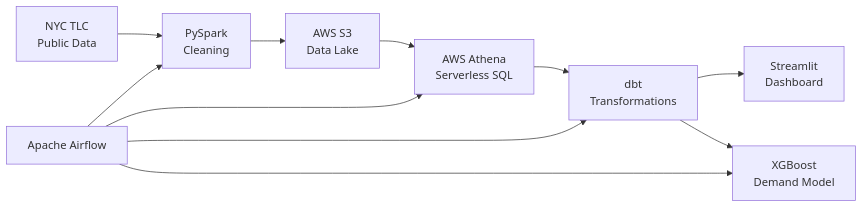
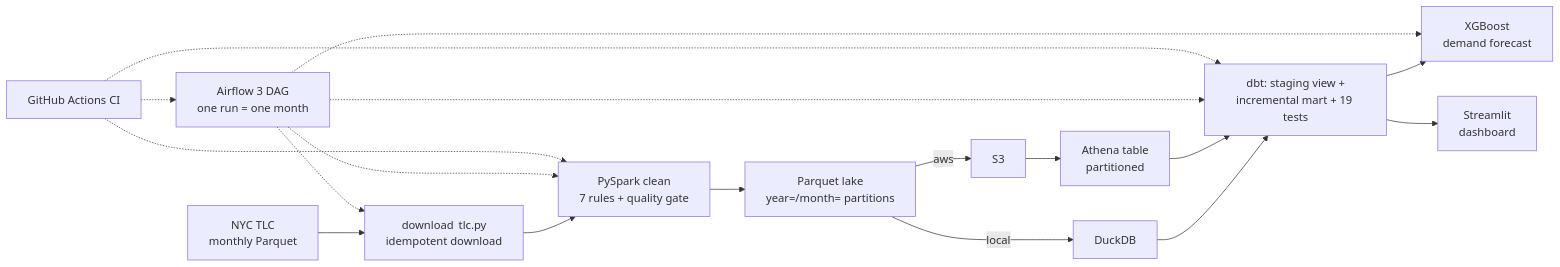
The diagram in README.md (notparthh0/nyc-taxi-elt-pipeline), drawn with Mermaid before and after one commit. The commit also changed other lines of this file and 15 other files, not shown here.

First line of the commit message:
test, ci, docs: pytest suite, GitHub Actions, Makefile, README rewrite

````diff
--- a/README.md
+++ b/README.md
@@ -11,13 +18,14 @@
 ```mermaid
 flowchart LR
-    A["NYC TLC\nPublic Data"] --> B["PySpark\nCleaning"]
-    B --> C["AWS S3\nData Lake"]
-    C --> D["AWS Athena\nServerless SQL"]
-    D --> E["dbt\nTransformations"]
-    E --> F["Streamlit\nDashboard"]
-    E --> G["XGBoost\nDemand Model"]
-    H["Apache Airflow"] --> B
-    H --> D
-    H --> E
-    H --> G
+    TLC["NYC TLC<br/>monthly Parquet"] --> DL["download_tlc.py<br/>idempotent download"]
+    DL --> SP["PySpark clean<br/>7 rules + quality gate"]
+    SP --> LAKE["Parquet lake<br/>year=/month= partitions"]
+    LAKE -->|local| DUCK["DuckDB"]
+    LAKE -->|aws| S3["S3"] --> ATH["Athena table<br/>partitioned"]
+    DUCK --> DBT["dbt: staging view +<br/>incremental mart + 19 tests"]
+    ATH --> DBT
+    DBT --> ML["XGBoost<br/>demand forecast"]
+    DBT --> APP["Streamlit<br/>dashboard"]
+    AF["Airflow 3 DAG<br/>one run = one month"] -.-> DL & SP & DBT & ML
+    CI["GitHub Actions CI"] -.-> SP & DBT & AF
 ```
````
